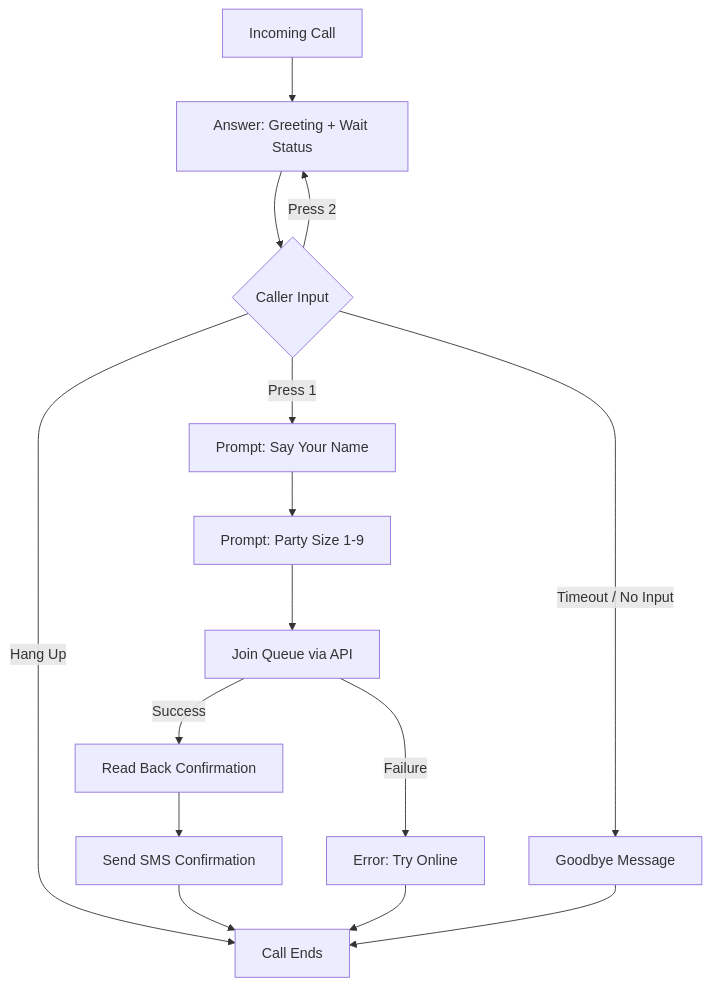
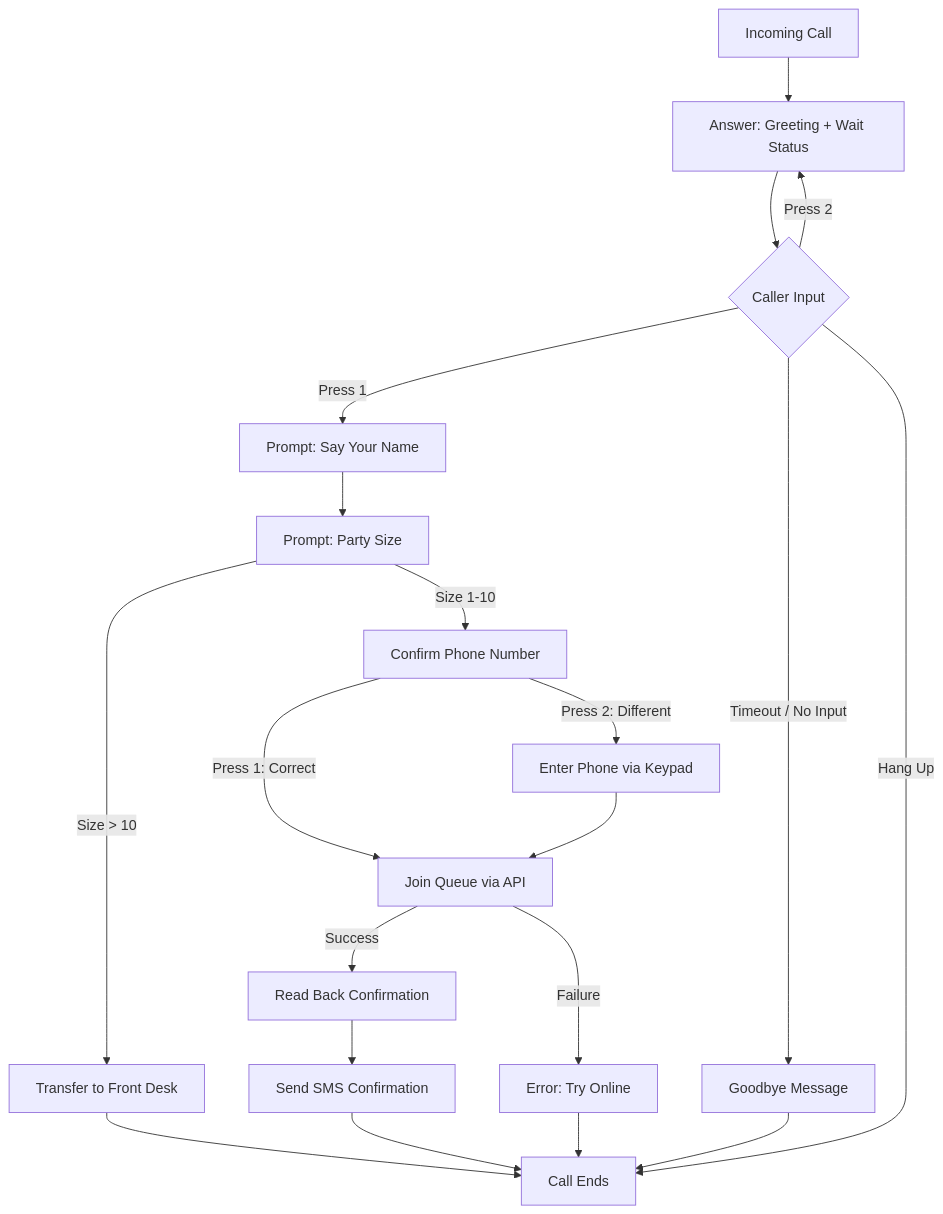
The diagram in docs/feature-specs/31-phone-system-integration-of-wait-list.md (mathursrus/SKB), drawn with Mermaid before and after one commit. The commit also changed other lines of this file and 3 other files, not shown here.

````diff
--- a/docs/feature-specs/31-phone-system-integration-of-wait-list.md
+++ b/docs/feature-specs/31-phone-system-integration-of-wait-list.md
@@ -77,17 +88,22 @@
 ```mermaid
 graph TD
     A[Incoming Call] --> B[Answer: Greeting + Wait Status]
     B --> C{Caller Input}
     C -->|Press 1| D[Prompt: Say Your Name]
     C -->|Press 2| B
     C -->|Timeout / No Input| G[Goodbye Message]
     C -->|Hang Up| END[Call Ends]
-    D --> E[Prompt: Party Size 1-9]
-    E --> F[Join Queue via API]
+    D --> E[Prompt: Party Size]
+    E -->|Size > 10| T[Transfer to Front Desk]
+    E -->|Size 1-10| P[Confirm Phone Number]
+    P -->|Press 1: Correct| F[Join Queue via API]
+    P -->|Press 2: Different| N[Enter Phone via Keypad]
+    N --> F
     F -->|Success| H[Read Back Confirmation]
     F -->|Failure| I[Error: Try Online]
     H --> J[Send SMS Confirmation]
     J --> END
+    T --> END
     I --> END
     G --> END
 ```
````
